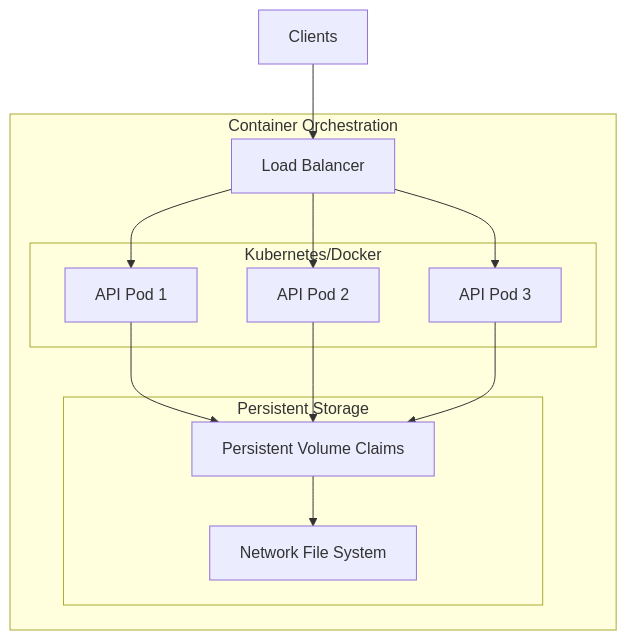
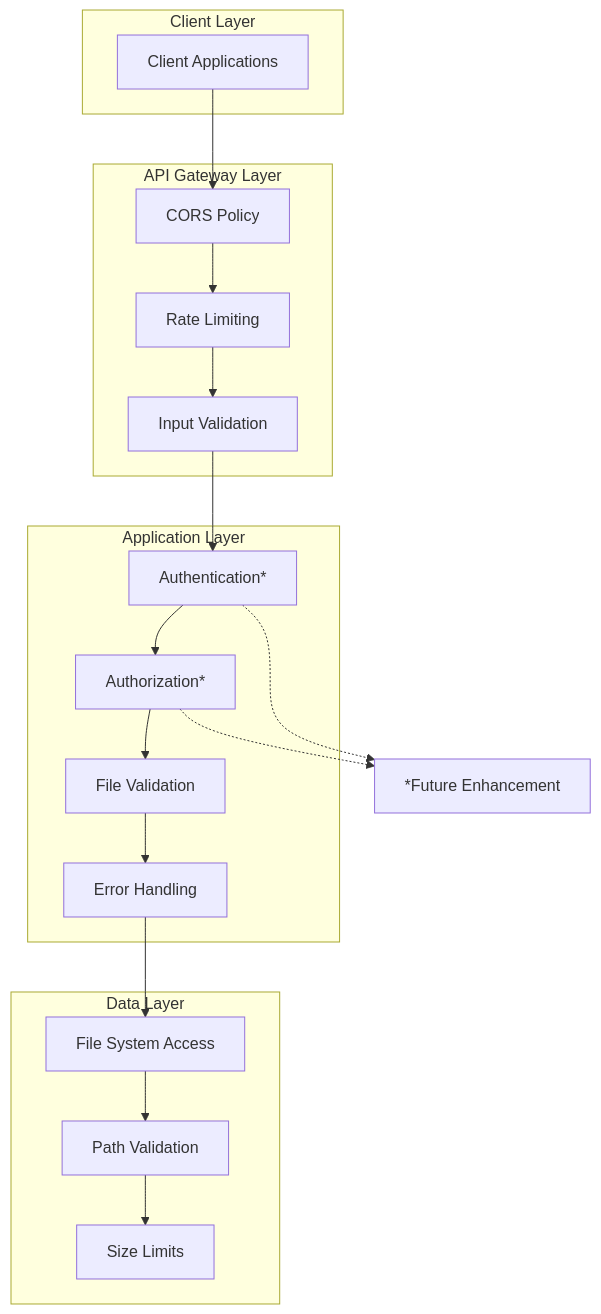
One commit to ahemavathy/Powerpoint changed the eighth of 11 diagrams in ARCHITECTURE_DIAGRAMS.md. Above: the diagram before and after it, drawn with Mermaid. The commit also changed other lines of this file and 8 other files, not shown here.

````diff
--- a/ARCHITECTURE_DIAGRAMS.md
+++ b/ARCHITECTURE_DIAGRAMS.md
@@ -214,27 +335,40 @@
 ```mermaid
 graph TB
-    subgraph "Container Orchestration"
-        subgraph "Kubernetes/Docker"
-            POD1[API Pod 1]
-            POD2[API Pod 2]
-            POD3[API Pod 3]
-        end
-        
-        LB[Load Balancer]
-        
-        subgraph "Persistent Storage"
-            PVC[Persistent Volume Claims]
-            NFS[Network File System]
-        end
+    subgraph "Client Layer"
+        CLIENT[Client Applications]
     end
     
-    CLIENT[Clients] --> LB
-    LB --> POD1
-    LB --> POD2
-    LB --> POD3
+    subgraph "API Gateway Layer"
+        CORS[CORS Policy]
+        RATE_LIMIT[Rate Limiting]
+        INPUT_VAL[Input Validation]
+    end
     
-    POD1 --> PVC
-    POD2 --> PVC
-    POD3 --> PVC
-    PVC --> NFS
+    subgraph "Application Layer"
+        AUTH[Authentication*]
+        AUTHZ[Authorization*]
+        FILE_VAL[File Validation]
+        ERROR_HAND[Error Handling]
+    end
+    
+    subgraph "Data Layer"
+        FILE_SYS[File System Access]
+        PATH_VAL[Path Validation]
+        SIZE_LIMIT[Size Limits]
+    end
+    
+    CLIENT --> CORS
+    CORS --> RATE_LIMIT
+    RATE_LIMIT --> INPUT_VAL
+    INPUT_VAL --> AUTH
+    AUTH --> AUTHZ
+    AUTHZ --> FILE_VAL
+    FILE_VAL --> ERROR_HAND
+    ERROR_HAND --> FILE_SYS
+    FILE_SYS --> PATH_VAL
+    PATH_VAL --> SIZE_LIMIT
+    
+    note1[*Future Enhancement]
+    AUTH -.-> note1
+    AUTHZ -.-> note1
 ```
````
